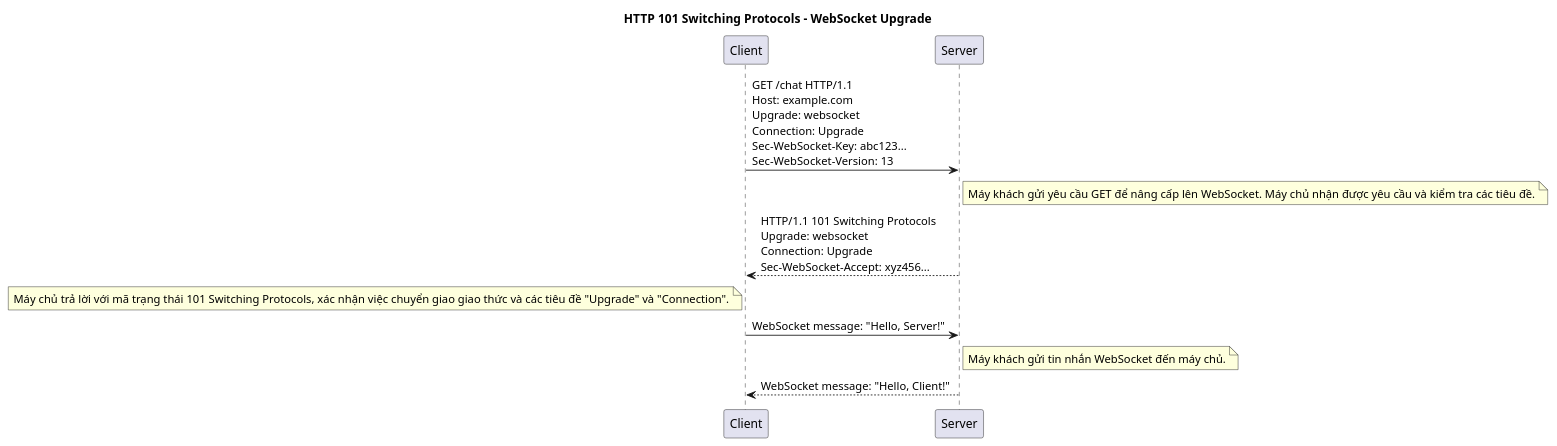
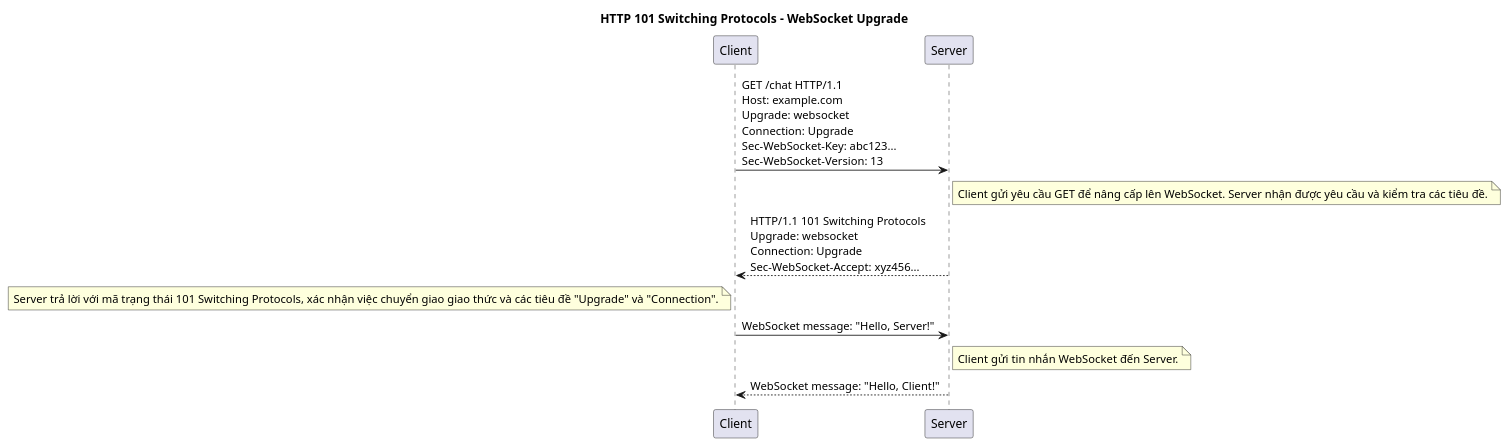
One commit to thanhlv-com/thanhlv-blog changed the second of 27 diagrams in packages/apps/src/blog/2024-12-05-y-nghia-cua-cac-http-status-code.md. Above: the diagram before and after it, drawn with PlantUML. The commit also changed other lines of this file, not shown here.

````diff
--- a/packages/apps/src/blog/2024-12-05-y-nghia-cua-cac-http-status-code.md
+++ b/packages/apps/src/blog/2024-12-05-y-nghia-cua-cac-http-status-code.md
@@ -151,20 +151,20 @@
 ```plantuml
 @startuml
 title HTTP 101 Switching Protocols - WebSocket Upgrade
 
 participant "Client" as C
 participant "Server" as S
 
 C -> S: GET /chat HTTP/1.1\nHost: example.com\nUpgrade: websocket\nConnection: Upgrade\nSec-WebSocket-Key: abc123...\nSec-WebSocket-Version: 13
-note right of S: Máy khách gửi yêu cầu GET để nâng cấp lên WebSocket. Máy chủ nhận được yêu cầu và kiểm tra các tiêu đề.
+note right of S: Client gửi yêu cầu GET để nâng cấp lên WebSocket. Server nhận được yêu cầu và kiểm tra các tiêu đề.
 
 S --> C: HTTP/1.1 101 Switching Protocols\nUpgrade: websocket\nConnection: Upgrade\nSec-WebSocket-Accept: xyz456...
-note left of C: Máy chủ trả lời với mã trạng thái 101 Switching Protocols, xác nhận việc chuyển giao giao thức và các tiêu đề "Upgrade" và "Connection".
+note left of C: Server trả lời với mã trạng thái 101 Switching Protocols, xác nhận việc chuyển giao giao thức và các tiêu đề "Upgrade" và "Connection".
 
 C -> S: WebSocket message: "Hello, Server!"
-note right of S: Máy khách gửi tin nhắn WebSocket đến máy chủ.
+note right of S: Client gửi tin nhắn WebSocket đến Server.
 
 S --> C: WebSocket message: "Hello, Client!"
 @enduml
 
 ```
````
